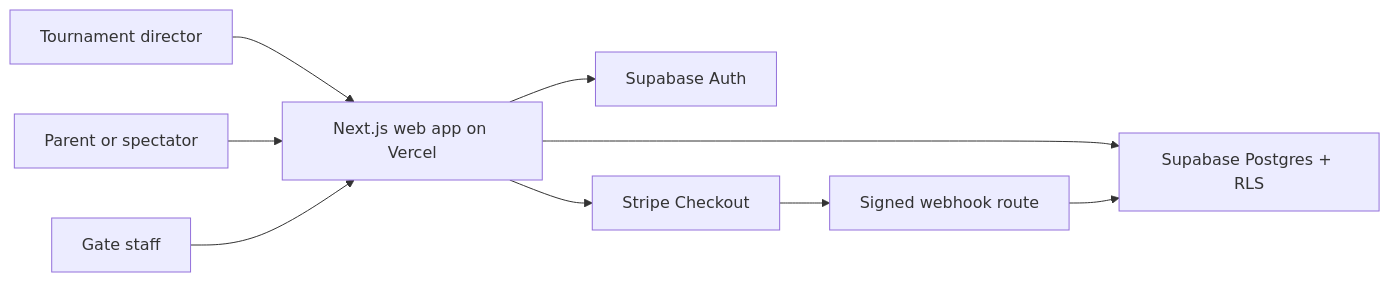
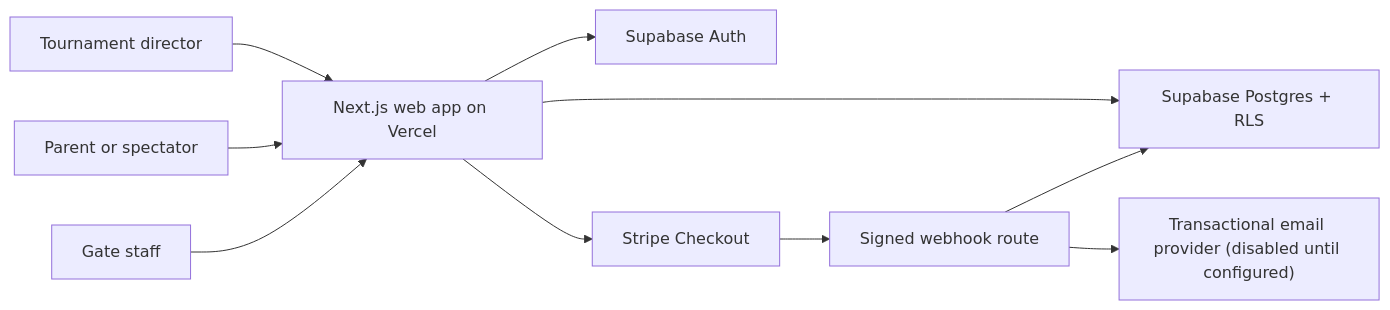
One commit to LukeShew/tournibase-web-app changed the diagram in docs/mvp-architecture.md. Above: the diagram before and after it, drawn with Mermaid. The commit also changed other lines of this file and 18 other files, not shown here.

Commit message:
Build transactional email foundation

````diff
--- a/docs/mvp-architecture.md
+++ b/docs/mvp-architecture.md
@@ -7,11 +7,12 @@
 ```mermaid
 flowchart LR
   Director["Tournament director"] --> Web["Next.js web app on Vercel"]
   Buyer["Parent or spectator"] --> Web
   Staff["Gate staff"] --> Web
   Web --> Auth["Supabase Auth"]
   Web --> DB["Supabase Postgres + RLS"]
   Web --> Stripe["Stripe Checkout"]
   Stripe --> Webhook["Signed webhook route"]
   Webhook --> DB
+  Webhook --> Email["Transactional email provider (disabled until configured)"]
 ```
````
